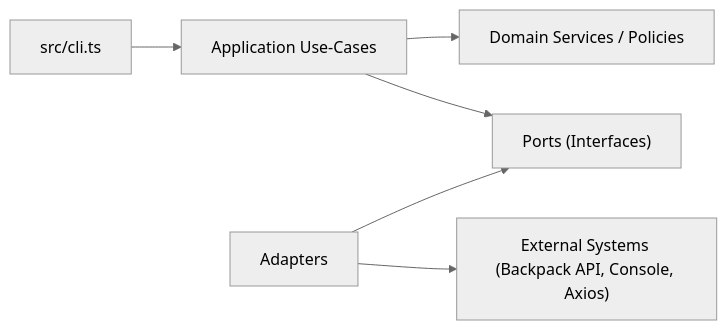
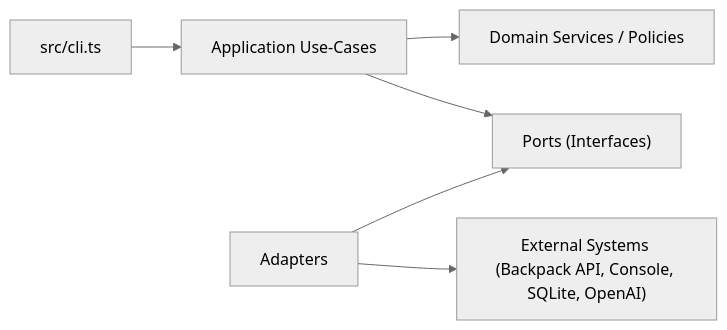
The diagram in docs/ARCHITECTURE.md (boristhecat/miau), drawn with Mermaid (neutral theme) before and after one commit. The commit also changed other lines of this file and 7 other files, not shown here.

````diff
--- a/docs/ARCHITECTURE.md
+++ b/docs/ARCHITECTURE.md
@@ -112,8 +123,8 @@
 ```mermaid
 flowchart LR
   CLI["src/cli.ts"] --> APP["Application Use-Cases"]
   APP --> DOMAIN["Domain Services / Policies"]
   APP --> PORTS["Ports (Interfaces)"]
   ADAPTERS["Adapters"] --> PORTS
-  ADAPTERS --> EXT["External Systems (Backpack API, Console, Axios)"]
+  ADAPTERS --> EXT["External Systems (Backpack API, Console, SQLite, OpenAI)"]
 ```
````
